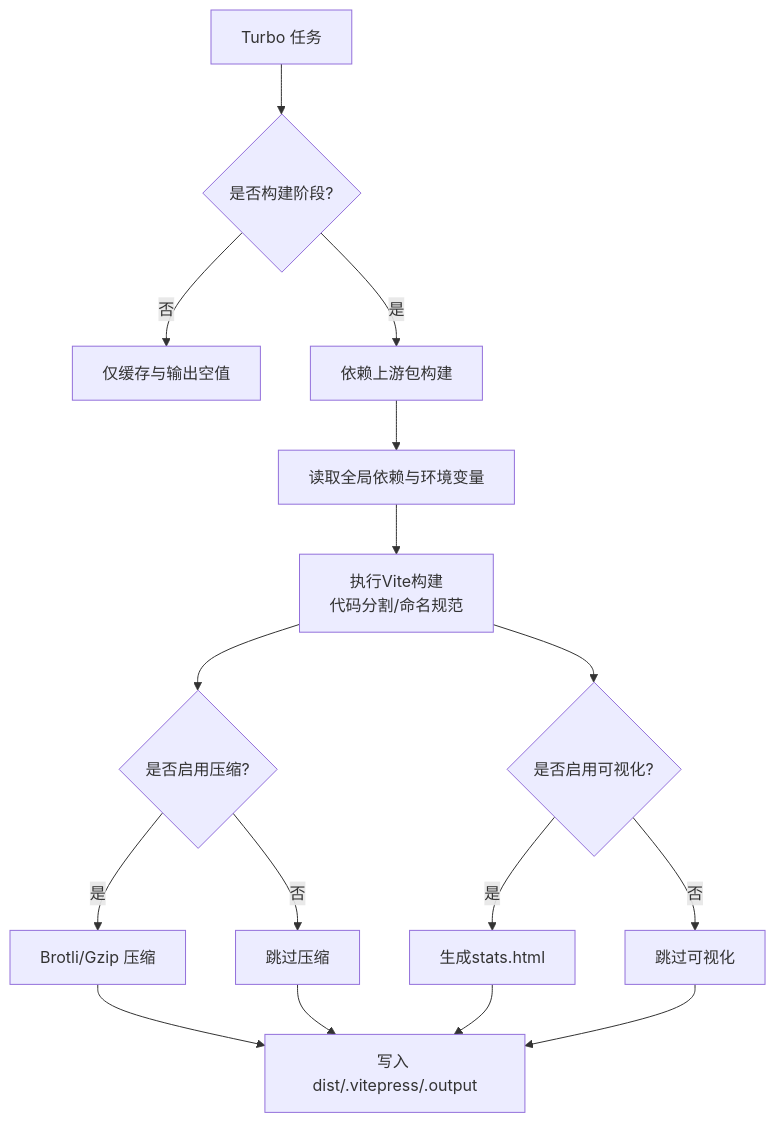
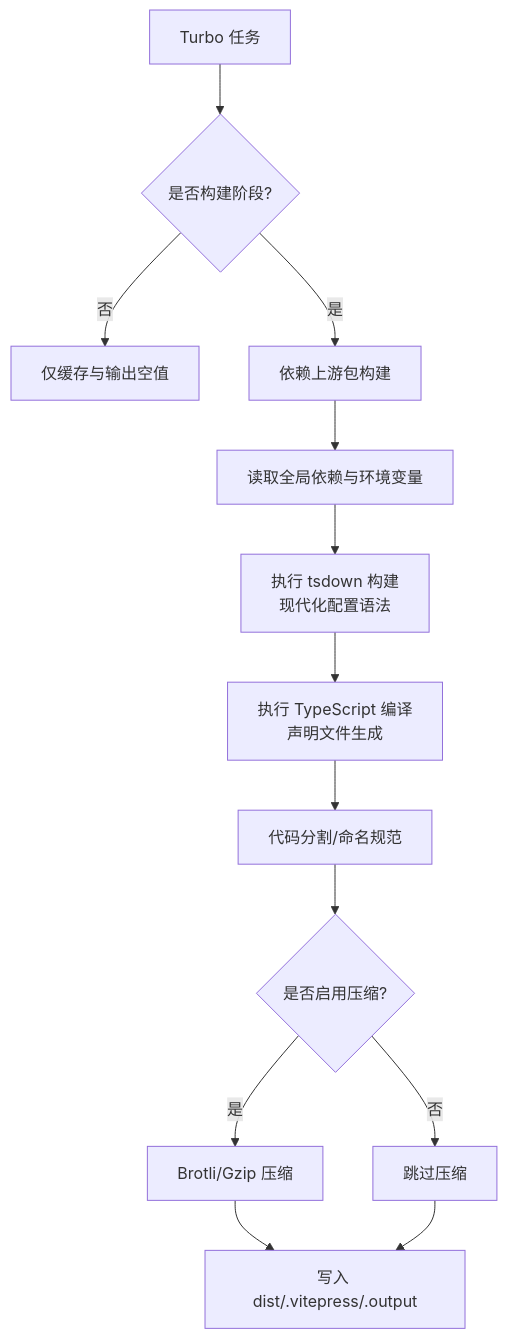
The sixth of 9 diagrams in .qoder/repowiki/zh/content/开发工具链/开发工具链.md (liuyinzhong/hive), drawn with Mermaid before and after one commit. The commit also changed other lines of this file and 8 other files, not shown here.

````diff
--- a/.qoder/repowiki/zh/content/开发工具链/开发工具链.md
+++ b/.qoder/repowiki/zh/content/开发工具链/开发工具链.md
@@ -276,18 +320,15 @@
 ```mermaid
 flowchart TD
 A["Turbo 任务"] --> B{"是否构建阶段?"}
 B -- 否 --> C["仅缓存与输出空值"]
 B -- 是 --> D["依赖上游包构建"]
 D --> E["读取全局依赖与环境变量"]
-E --> F["执行Vite构建<br/>代码分割/命名规范"]
-F --> G{"是否启用压缩?"}
-G -- 是 --> H["Brotli/Gzip 压缩"]
-G -- 否 --> I["跳过压缩"]
-F --> J{"是否启用可视化?"}
-J -- 是 --> K["生成stats.html"]
-J -- 否 --> L["跳过可视化"]
-H --> M["写入 dist/.vitepress/.output"]
-I --> M
-K --> M
-L --> M
+E --> F["执行 tsdown 构建<br/>现代化配置语法"]
+F --> G["执行 TypeScript 编译<br/>声明文件生成"]
+G --> H["代码分割/命名规范"]
+H --> I{"是否启用压缩?"}
+I -- 是 --> J["Brotli/Gzip 压缩"]
+I -- 否 --> K["跳过压缩"]
+J --> L["写入 dist/.vitepress/.output"]
+K --> L
 ```
````
